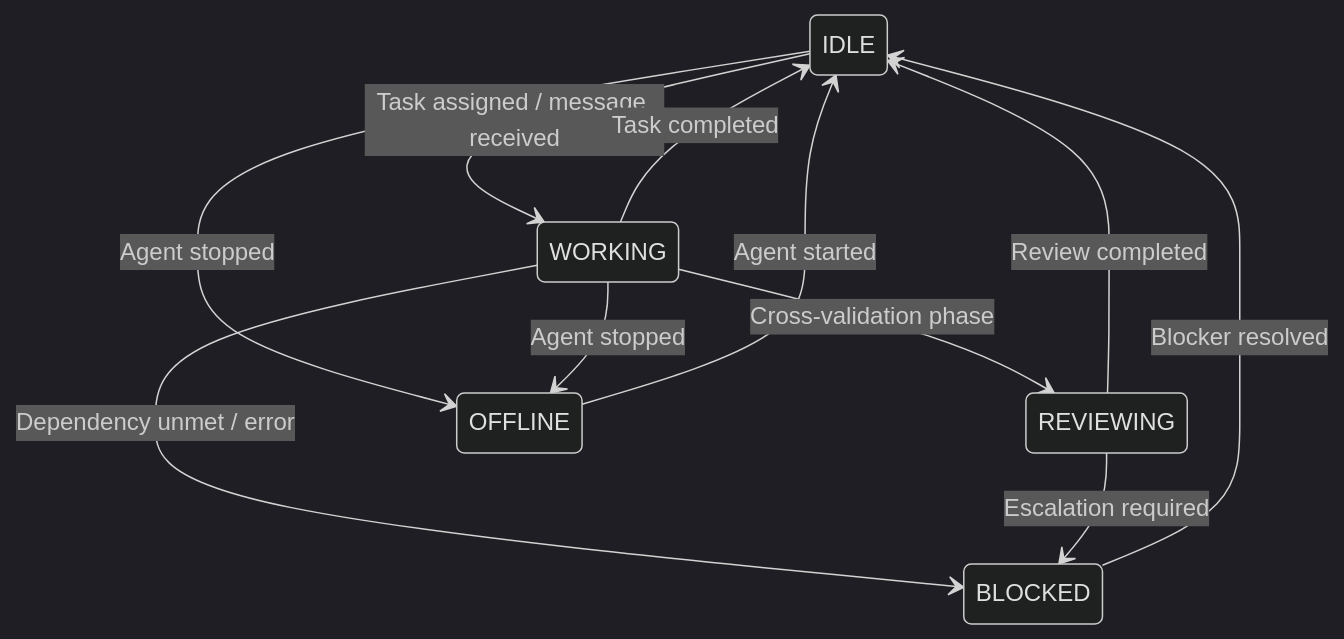
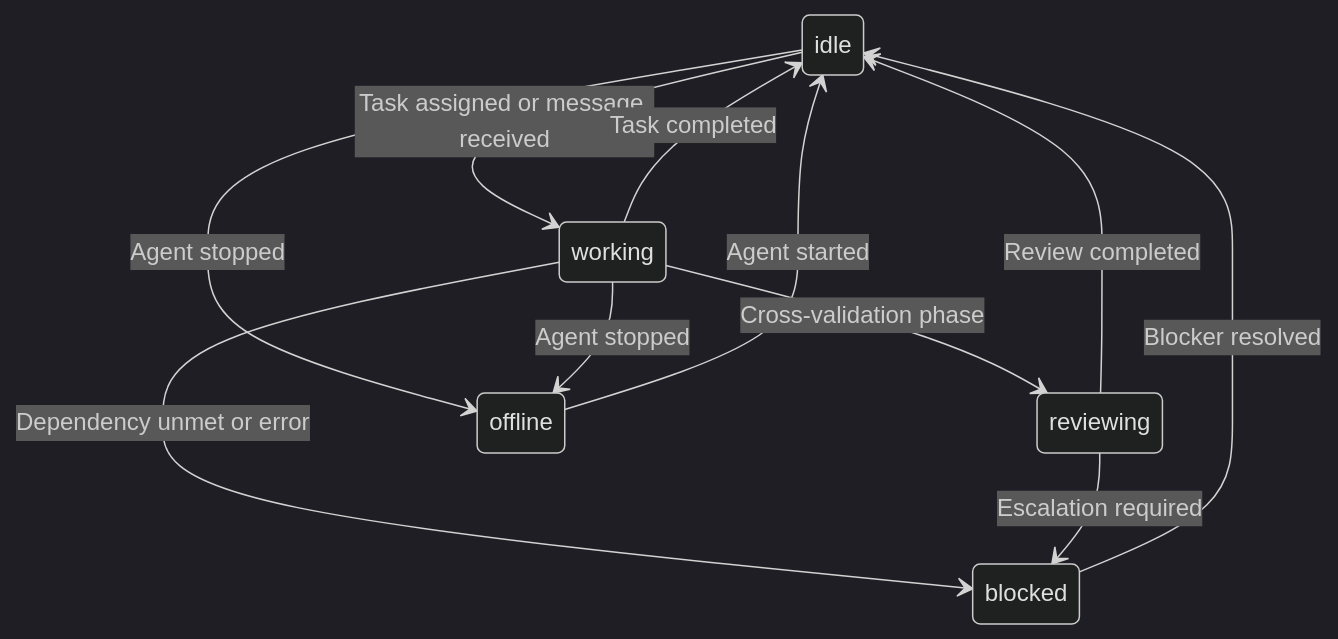
One commit to pde-rent/monokeros changed the third of 6 diagrams in docs/core-concepts/agents.md. Above: the diagram before and after it, drawn with Mermaid (dark theme). The commit also changed other lines of this file and 50 other files, not shown here.

````diff
--- a/docs/core-concepts/agents.md
+++ b/docs/core-concepts/agents.md
@@ -110,13 +108,13 @@
 ```mermaid
 stateDiagram-v2
-    IDLE --> WORKING : Task assigned / message received
-    WORKING --> REVIEWING : Cross-validation phase
-    WORKING --> IDLE : Task completed
-    REVIEWING --> IDLE : Review completed
-    WORKING --> BLOCKED : Dependency unmet / error
-    REVIEWING --> BLOCKED : Escalation required
-    BLOCKED --> IDLE : Blocker resolved
-    IDLE --> OFFLINE : Agent stopped
-    WORKING --> OFFLINE : Agent stopped
-    OFFLINE --> IDLE : Agent started
+    idle --> working : Task assigned or message received
+    working --> reviewing : Cross-validation phase
+    working --> idle : Task completed
+    reviewing --> idle : Review completed
+    working --> blocked : Dependency unmet or error
+    reviewing --> blocked : Escalation required
+    blocked --> idle : Blocker resolved
+    idle --> offline : Agent stopped
+    working --> offline : Agent stopped
+    offline --> idle : Agent started
 ```
````
